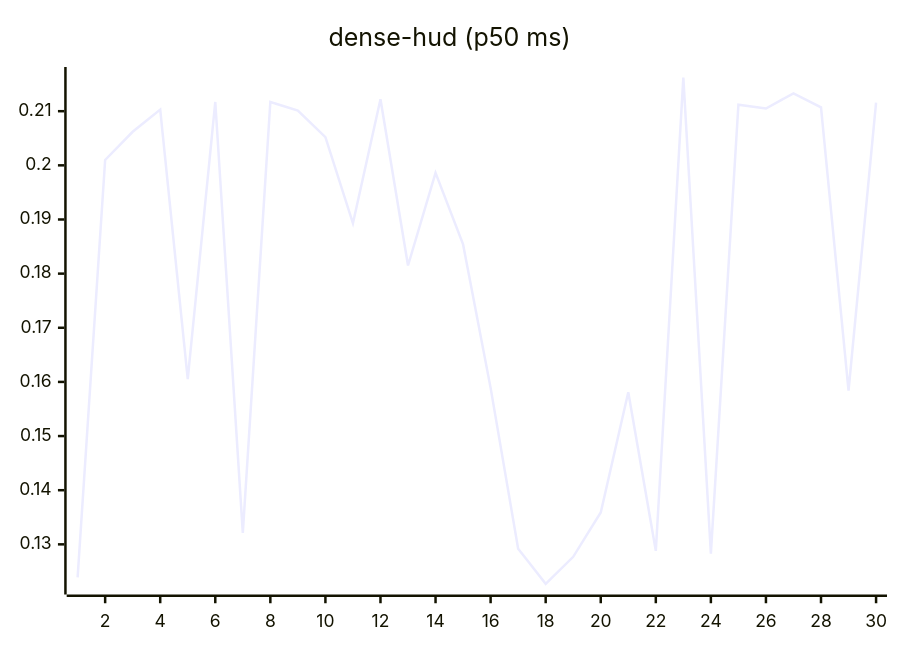
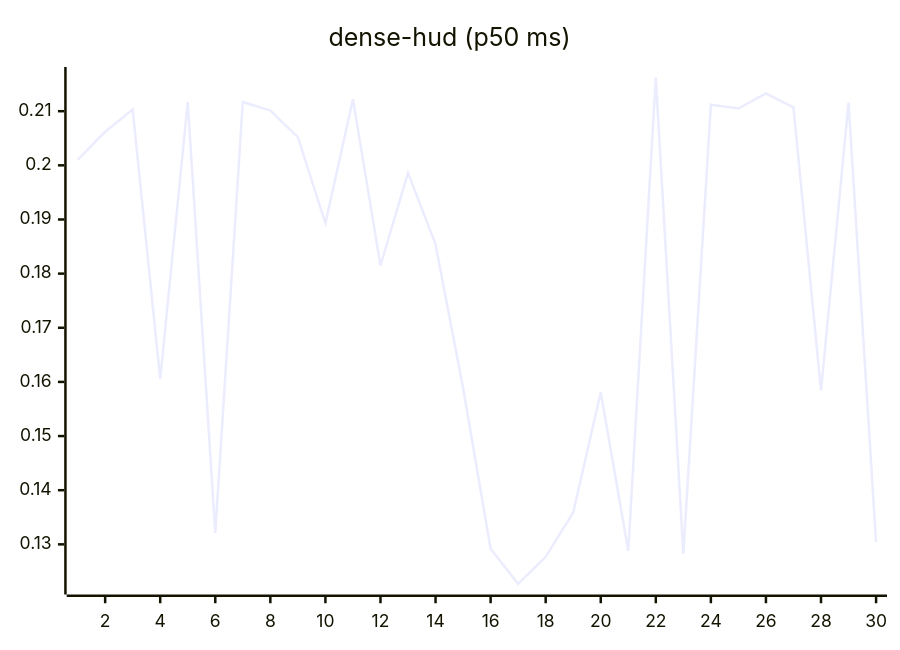
One commit to josha/Facet changed the eighth of 27 diagrams in README.md. Above: the diagram before and after it, drawn with Mermaid. The commit also changed other lines of this file and 2 other files, not shown here.

````diff
--- a/README.md
+++ b/README.md
@@ -112,6 +112,6 @@
 ```mermaid
 xychart-beta
     title "dense-hud (p50 ms)"
     x-axis 1 --> 30
-    line [0.1239, 0.2010, 0.2062, 0.2103, 0.1605, 0.2117, 0.1321, 0.2117, 0.2101, 0.2052, 0.1893, 0.2122, 0.1815, 0.1986, 0.1854, 0.1589, 0.1292, 0.1227, 0.1277, 0.1359, 0.1581, 0.1288, 0.2162, 0.1283, 0.2112, 0.2105, 0.2133, 0.2107, 0.1584, 0.2116]
+    line [0.2010, 0.2062, 0.2103, 0.1605, 0.2117, 0.1321, 0.2117, 0.2101, 0.2052, 0.1893, 0.2122, 0.1815, 0.1986, 0.1854, 0.1589, 0.1292, 0.1227, 0.1277, 0.1359, 0.1581, 0.1288, 0.2162, 0.1283, 0.2112, 0.2105, 0.2133, 0.2107, 0.1584, 0.2116, 0.1304]
 ```
````
